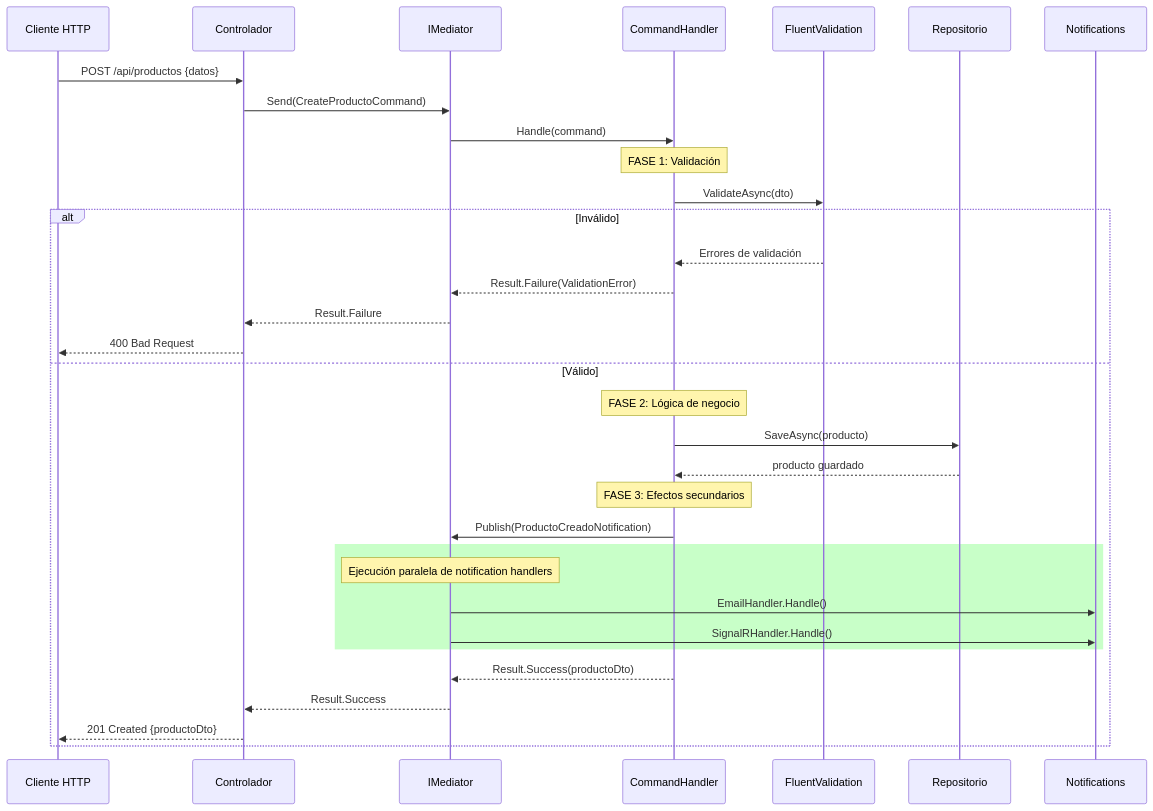
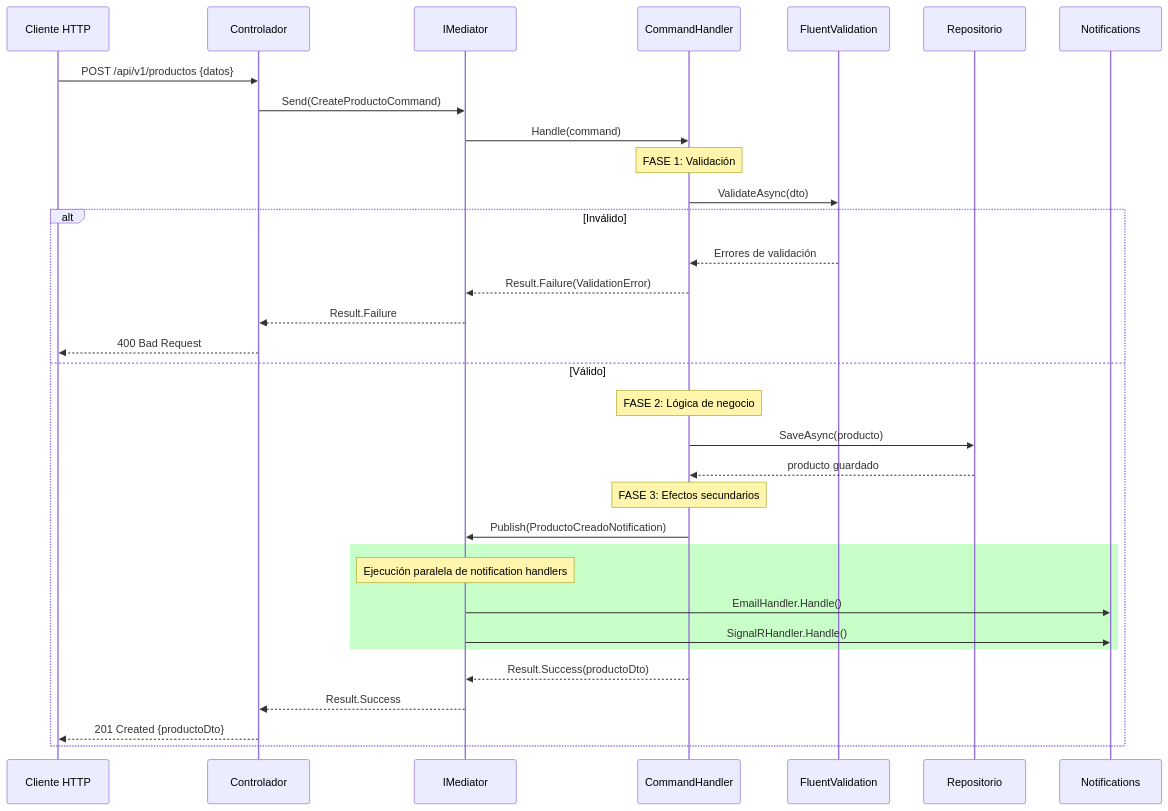
Before and after one commit to joseluisgs/TiendaDawApi-Cqrs-MediatR-NetCore: diagram 16 of 23 in doc/12-cqrs-commands-queries.md, drawn with Mermaid. The commit also changed other lines of this file and 226 other files, not shown here.

````diff
--- a/doc/12-cqrs-commands-queries.md
+++ b/doc/12-cqrs-commands-queries.md
@@ -925,40 +925,40 @@
 ```mermaid
 sequenceDiagram
     participant Client as Cliente HTTP
     participant Controller as Controlador
     participant MediatR as IMediator
     participant Handler as CommandHandler
     participant Validator as FluentValidation
     participant Repo as Repositorio
     participant Notif as Notifications
     
-    Client->>Controller: POST /api/productos {datos}
+    Client->>Controller: POST /api/v1/productos {datos}
     Controller->>MediatR: Send(CreateProductoCommand)
     MediatR->>Handler: Handle(command)
     
     Note over Handler: FASE 1: Validación
     Handler->>Validator: ValidateAsync(dto)
     alt Inválido
         Validator-->>Handler: Errores de validación
         Handler-->>MediatR: Result.Failure(ValidationError)
         MediatR-->>Controller: Result.Failure
         Controller-->>Client: 400 Bad Request
     else Válido
         Note over Handler: FASE 2: Lógica de negocio
         Handler->>Repo: SaveAsync(producto)
         Repo-->>Handler: producto guardado
         
         Note over Handler: FASE 3: Efectos secundarios
         Handler->>MediatR: Publish(ProductoCreadoNotification)
         
         rect rgb(200, 255, 200)
         Note over MediatR: Ejecución paralela de notification handlers
         MediatR->>Notif: EmailHandler.Handle()
         MediatR->>Notif: SignalRHandler.Handle()
         end
         
         Handler-->>MediatR: Result.Success(productoDto)
         MediatR-->>Controller: Result.Success
         Controller-->>Client: 201 Created {productoDto}
     end
 ```
````
